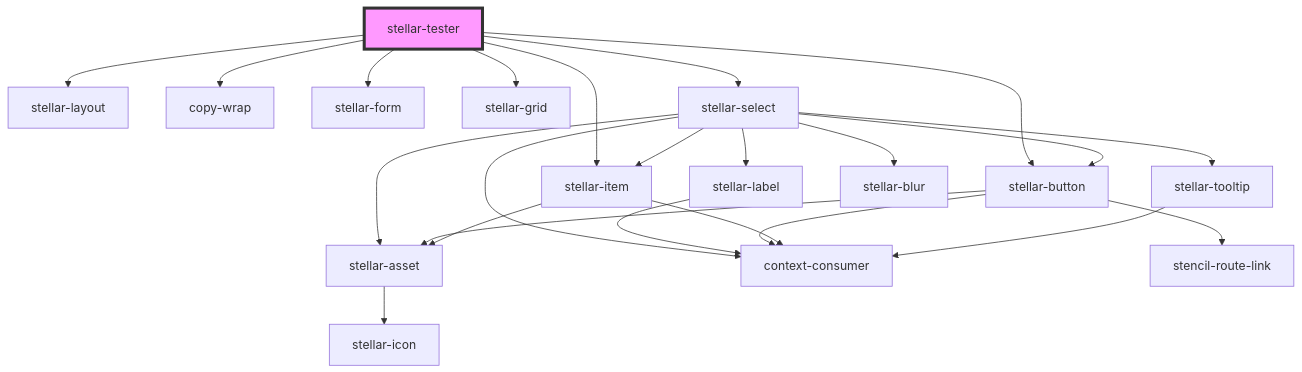
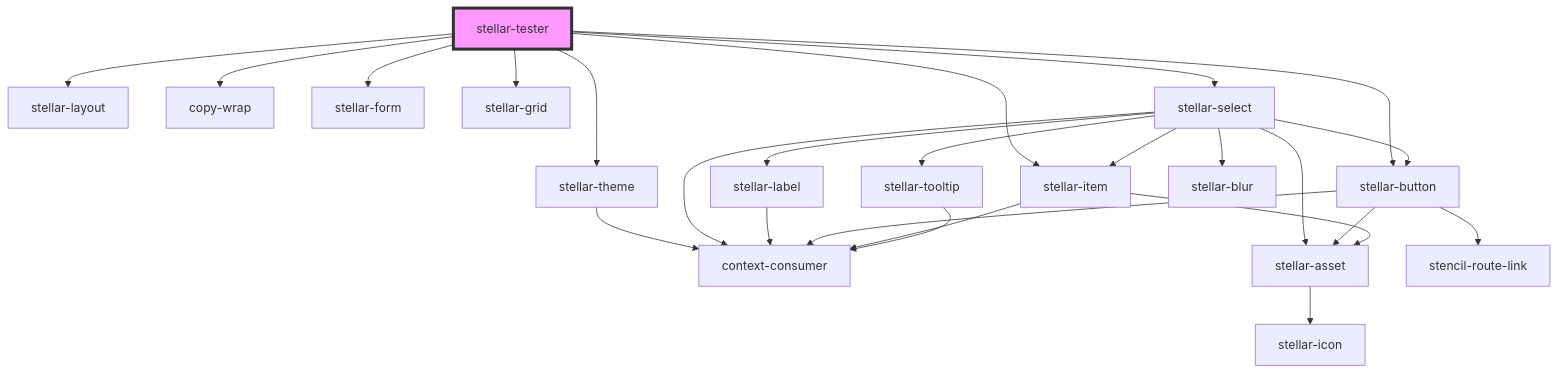
Before and after one commit to splitinfinities/Stellar: the diagram in src/components/tester/readme.md, drawn with Mermaid. The commit also changed other lines of this file and 4 other files, not shown here.

````diff
--- a/src/components/tester/readme.md
+++ b/src/components/tester/readme.md
@@ -21,26 +22,28 @@
 ```mermaid
 graph TD;
   stellar-tester --> stellar-layout
+  stellar-tester --> stellar-theme
   stellar-tester --> copy-wrap
   stellar-tester --> stellar-form
   stellar-tester --> stellar-grid
   stellar-tester --> stellar-select
   stellar-tester --> stellar-item
   stellar-tester --> stellar-button
+  stellar-theme --> context-consumer
   stellar-select --> stellar-label
   stellar-select --> stellar-button
   stellar-select --> stellar-asset
   stellar-select --> stellar-item
   stellar-select --> stellar-tooltip
   stellar-select --> stellar-blur
   stellar-select --> context-consumer
   stellar-label --> context-consumer
   stellar-button --> stellar-asset
   stellar-button --> stencil-route-link
   stellar-button --> context-consumer
   stellar-asset --> stellar-icon
   stellar-item --> stellar-asset
   stellar-item --> context-consumer
   stellar-tooltip --> context-consumer
   style stellar-tester fill:#f9f,stroke:#333,stroke-width:4px
 ```
````
